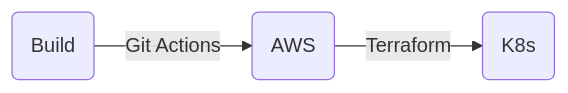
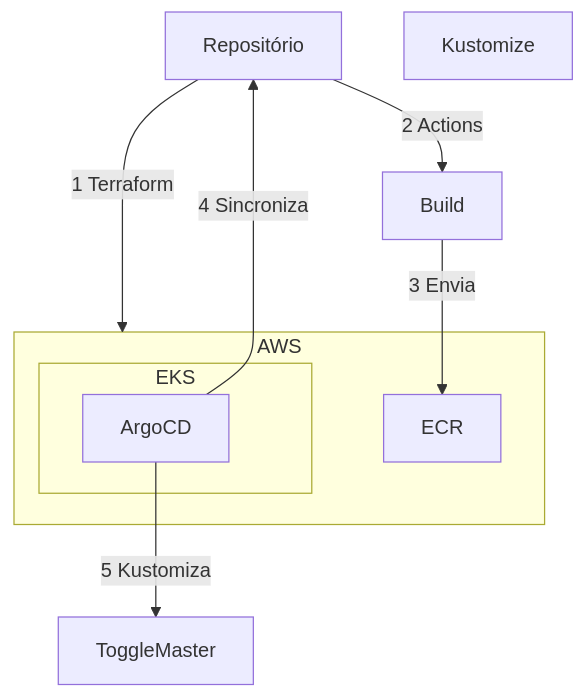
One commit to diasdmhub/fiap-toggle-master-iaas changed the diagram in README.md. Above: the diagram before and after it, drawn with Mermaid. The commit also changed other lines of this file and 2 other files, not shown here.

Commit message:
Ajuste no script de update do argocd

````diff
--- a/README.md
+++ b/README.md
@@ -23,5 +23,18 @@
 ```mermaid
-flowchart LR
-    A(Build) -->|Git Actions| B(AWS)
-    B -->|Terraform| C(K8s)
+flowchart TD
+    A["Repositório"]
+    B["Build"]
+    C["Kustomize"]
+    E["ToggleMaster"]
+    subgraph AWS
+        ECR
+        subgraph EKS
+            ArgoCD
+        end
+    end
+    A -->|1 Terraform| AWS
+    A -->|2 Actions| B
+    B -->|3 Envia| ECR
+    ArgoCD -->|4 Sincroniza| A
+    ArgoCD -->|5 Kustomiza| E
 ```
````
